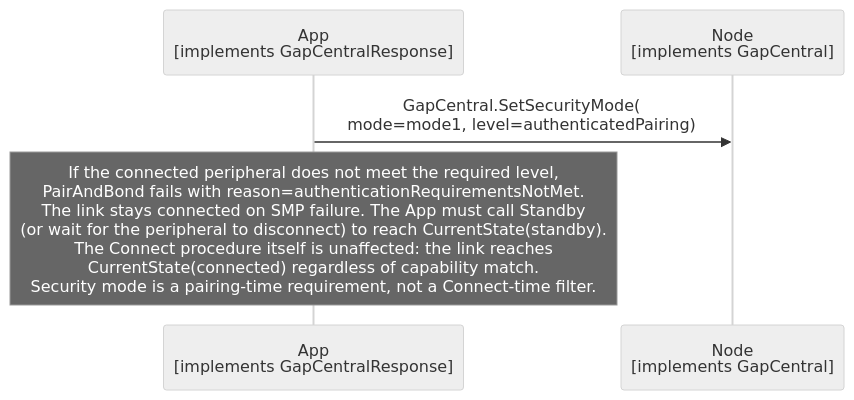
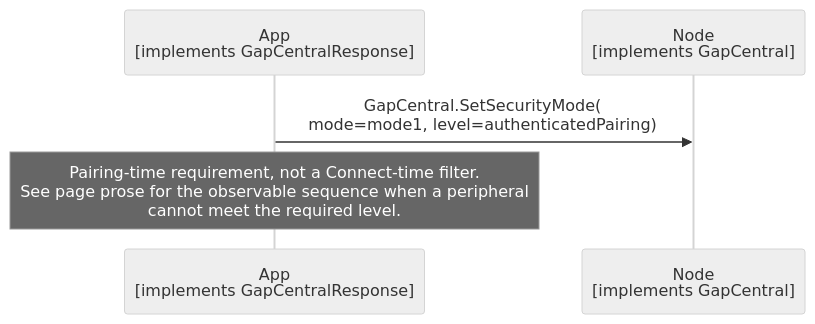
The diagram in documents/modules/ROOT/partials/echoservices/gap_central/GapCentral_SetSecurityMode_sequence.mmd (philips-software/amp-embedded-infra-lib), drawn with Mermaid (neutral theme) before and after one commit. The commit also changed 7 other files, not shown here.

```diff
--- a/documents/modules/ROOT/partials/echoservices/gap_central/GapCentral_SetSecurityMode_sequence.mmd
+++ b/documents/modules/ROOT/partials/echoservices/gap_central/GapCentral_SetSecurityMode_sequence.mmd
@@ -1,7 +1,7 @@
 sequenceDiagram
     participant App as App<br>[implements GapCentralResponse]
     participant Node as Node<br>[implements GapCentral]
 
     App->>Node: GapCentral.SetSecurityMode(<br>mode=mode1, level=authenticatedPairing)
 
-    Note over App: If the connected peripheral does not meet the required level,<br>PairAndBond fails with reason=authenticationRequirementsNotMet.<br>The link stays connected on SMP failure. The App must call Standby<br>(or wait for the peripheral to disconnect) to reach CurrentState(standby).<br>The Connect procedure itself is unaffected: the link reaches<br>CurrentState(connected) regardless of capability match.<br>Security mode is a pairing-time requirement, not a Connect-time filter.
+    Note over App: Pairing-time requirement, not a Connect-time filter.<br>See page prose for the observable sequence when a peripheral<br>cannot meet the required level.
```
